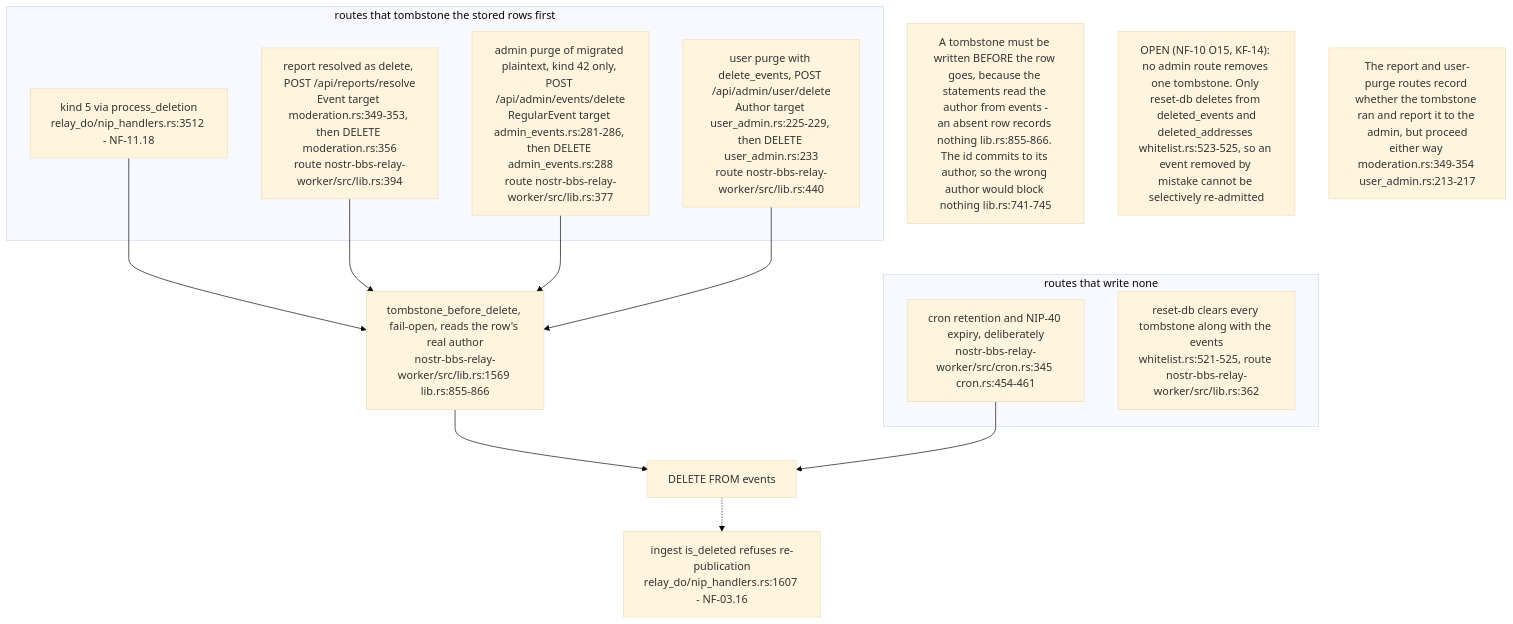
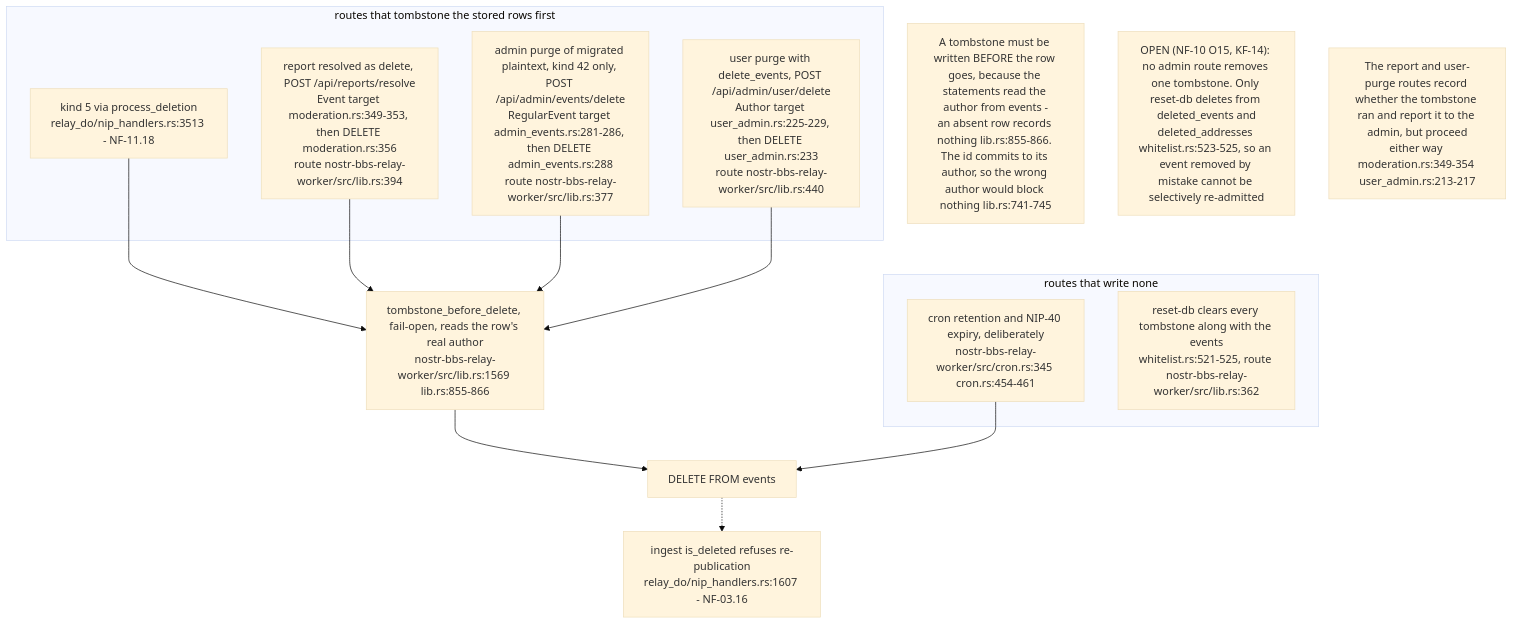
One commit to DreamLab-AI/VisionFlow changed diagram 18 of 18 in docs/diagrams/nostr-rust-forum/11-relay-durable-object-internals.md. Above: the diagram before and after it, drawn with Mermaid (base theme). The commit also changed other lines of this file and 23 other files, not shown here.

First line of the commit message:
docs(diagrams): pass C nostr-rust-forum area re-verified at de31aaa

````diff
--- a/docs/diagrams/nostr-rust-forum/11-relay-durable-object-internals.md
+++ b/docs/diagrams/nostr-rust-forum/11-relay-durable-object-internals.md
@@ -575,24 +575,24 @@
 ```mermaid
 flowchart TB
     subgraph W ["routes that tombstone the stored rows first"]
-        R1["kind 5 via process_deletion<br/>relay_do/nip_handlers.rs:3512 - NF-11.18"]
+        R1["kind 5 via process_deletion<br/>relay_do/nip_handlers.rs:3513 - NF-11.18"]
         R2["report resolved as delete, POST /api/reports/resolve<br/>Event target moderation.rs:349-353, then DELETE moderation.rs:356<br/>route nostr-bbs-relay-worker/src/lib.rs:394"]
         R3["admin purge of migrated plaintext, kind 42 only, POST /api/admin/events/delete<br/>RegularEvent target admin_events.rs:281-286, then DELETE admin_events.rs:288<br/>route nostr-bbs-relay-worker/src/lib.rs:377"]
         R4["user purge with delete_events, POST /api/admin/user/delete<br/>Author target user_admin.rs:225-229, then DELETE user_admin.rs:233<br/>route nostr-bbs-relay-worker/src/lib.rs:440"]
     end
     TB["tombstone_before_delete, fail-open, reads the row's real author<br/>nostr-bbs-relay-worker/src/lib.rs:1569 lib.rs:855-866"]
     DEL["DELETE FROM events"]
     subgraph N ["routes that write none"]
         C1["cron retention and NIP-40 expiry, deliberately<br/>nostr-bbs-relay-worker/src/cron.rs:345 cron.rs:454-461"]
         C2["reset-db clears every tombstone along with the events<br/>whitelist.rs:521-525, route nostr-bbs-relay-worker/src/lib.rs:362"]
     end
     ING["ingest is_deleted refuses re-publication<br/>relay_do/nip_handlers.rs:1607 - NF-03.16"]
 
     R1 & R2 & R3 & R4 --> TB --> DEL
     DEL -.-> ING
     C1 --> DEL
 
     N1["A tombstone must be written BEFORE the row goes, because the statements read the author from events -<br/>an absent row records nothing lib.rs:855-866. The id commits to its author, so the wrong author would block nothing lib.rs:741-745"]
     N2["OPEN (NF-10 O15, KF-14): no admin route removes one tombstone. Only reset-db deletes from deleted_events and<br/>deleted_addresses whitelist.rs:523-525, so an event removed by mistake cannot be selectively re-admitted"]
     N3["The report and user-purge routes record whether the tombstone ran and report it to the admin, but proceed<br/>either way moderation.rs:349-354 user_admin.rs:213-217"]
 ```
````
